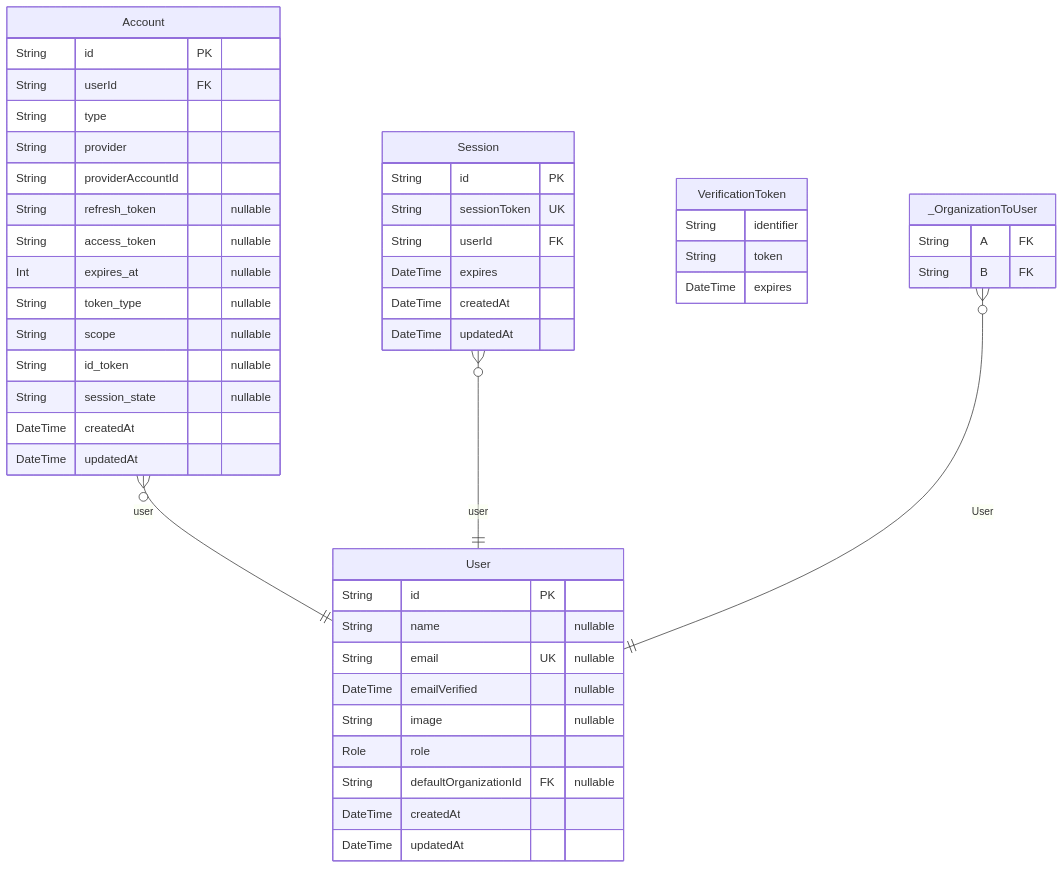
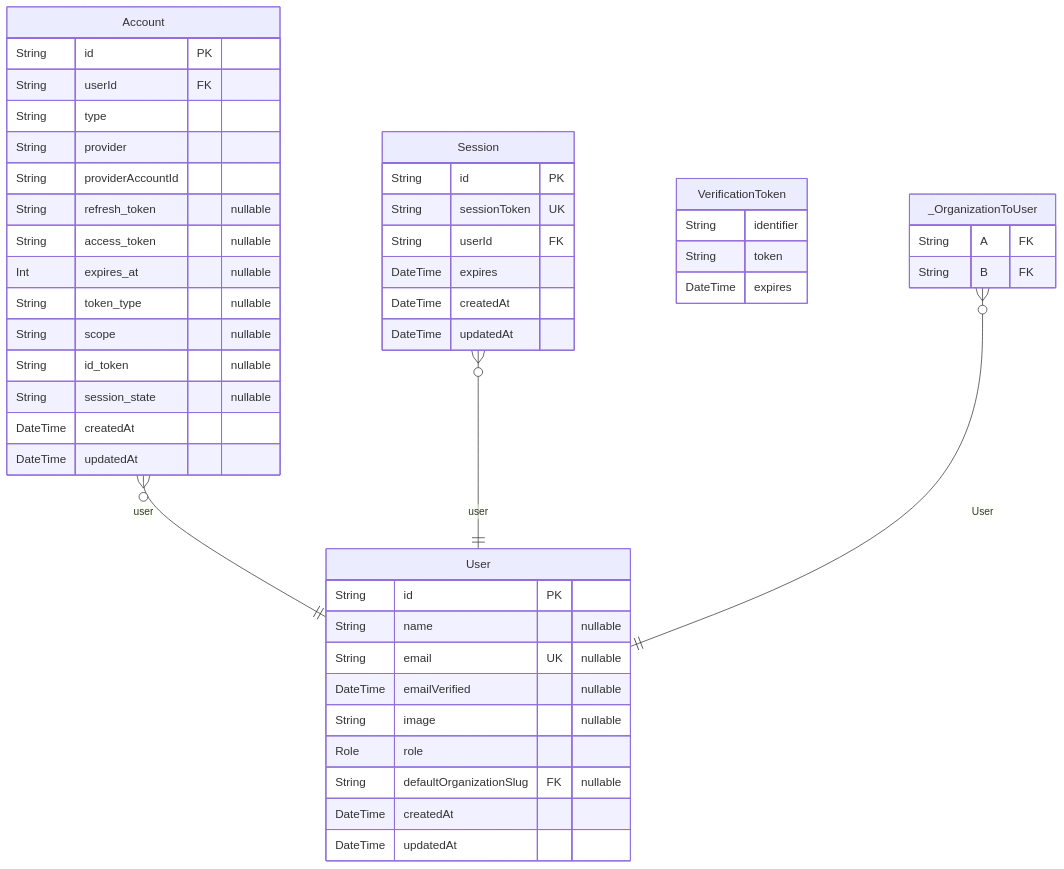
One commit to rayven122/tumiki changed the first of 6 diagrams in packages/db/prisma/README.md. Above: the diagram before and after it, drawn with Mermaid. The commit also changed other lines of this file and 5 other files, not shown here.

Commit message:
feat: introduce organization slugs and update user default organization references to use them.

````diff
--- a/packages/db/prisma/README.md
+++ b/packages/db/prisma/README.md
@@ -14,50 +14,50 @@
 ```mermaid
 erDiagram
 "User" {
   String id PK
   String name "nullable"
   String email UK "nullable"
   DateTime emailVerified "nullable"
   String image "nullable"
   Role role
-  String defaultOrganizationId FK "nullable"
+  String defaultOrganizationSlug FK "nullable"
   DateTime createdAt
   DateTime updatedAt
 }
 "Account" {
   String id PK
   String userId FK
   String type
   String provider
   String providerAccountId
   String refresh_token "nullable"
   String access_token "nullable"
   Int expires_at "nullable"
   String token_type "nullable"
   String scope "nullable"
   String id_token "nullable"
   String session_state "nullable"
   DateTime createdAt
   DateTime updatedAt
 }
 "Session" {
   String id PK
   String sessionToken UK
   String userId FK
   DateTime expires
   DateTime createdAt
   DateTime updatedAt
 }
 "VerificationToken" {
   String identifier
   String token
   DateTime expires
 }
 "_OrganizationToUser" {
   String A FK
   String B FK
 }
 "Account" }o--|| "User" : user
 "Session" }o--|| "User" : user
 "_OrganizationToUser" }o--|| "User" : User
 ```
````
